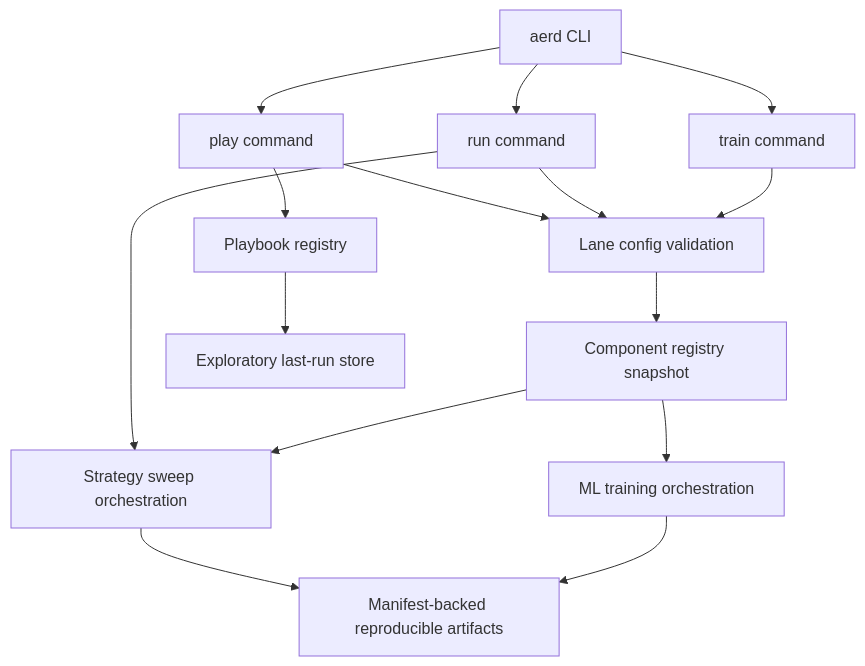
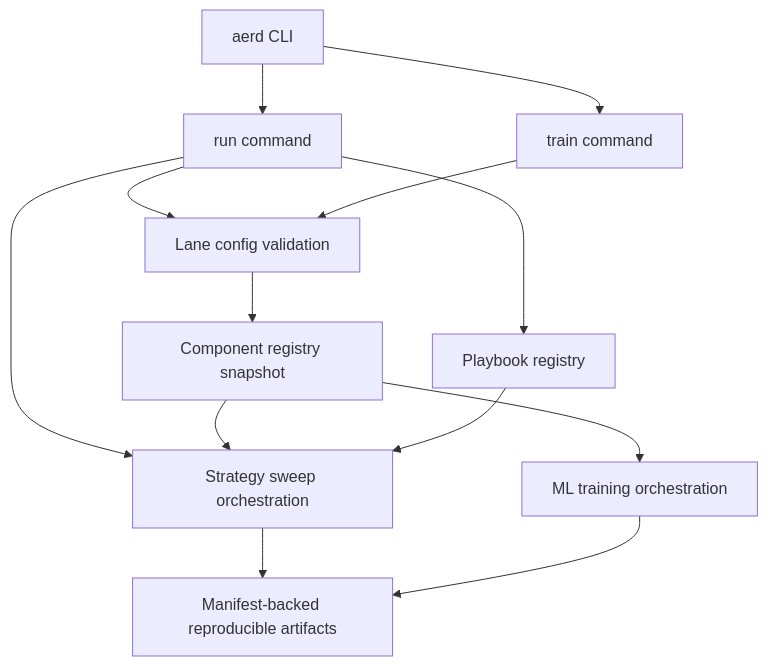
Before and after one commit to madebymlai/aegis: the first of 2 diagrams in docs/plans/2026-05-18-005-feat-research-playbook-component-workflow-plan.md, drawn with Mermaid. The commit also changed other lines of this file and 38 other files, not shown here.

````diff
--- a/docs/plans/2026-05-18-005-feat-research-playbook-component-workflow-plan.md
+++ b/docs/plans/2026-05-18-005-feat-research-playbook-component-workflow-plan.md
@@ -181,29 +175,25 @@
 ```mermaid
 flowchart TB
     CLI[aerd CLI]
-    PlayCmd[play command]
     RunCmd[run command]
     TrainCmd[train command]
     Config[Lane config validation]
     Components[Component registry snapshot]
     Playbooks[Playbook registry]
-    PlayStore[Exploratory last-run store]
     StrategyRun[Strategy sweep orchestration]
     TrainRun[ML training orchestration]
     Artifacts[Manifest-backed reproducible artifacts]
 
-    CLI --> PlayCmd
     CLI --> RunCmd
     CLI --> TrainCmd
-    PlayCmd --> Config
     RunCmd --> Config
     TrainCmd --> Config
     Config --> Components
-    PlayCmd --> Playbooks
-    Playbooks --> PlayStore
+    RunCmd --> Playbooks
     RunCmd --> StrategyRun
     Components --> StrategyRun
+    Playbooks --> StrategyRun
     Components --> TrainRun
     StrategyRun --> Artifacts
     TrainRun --> Artifacts
 ```
````
